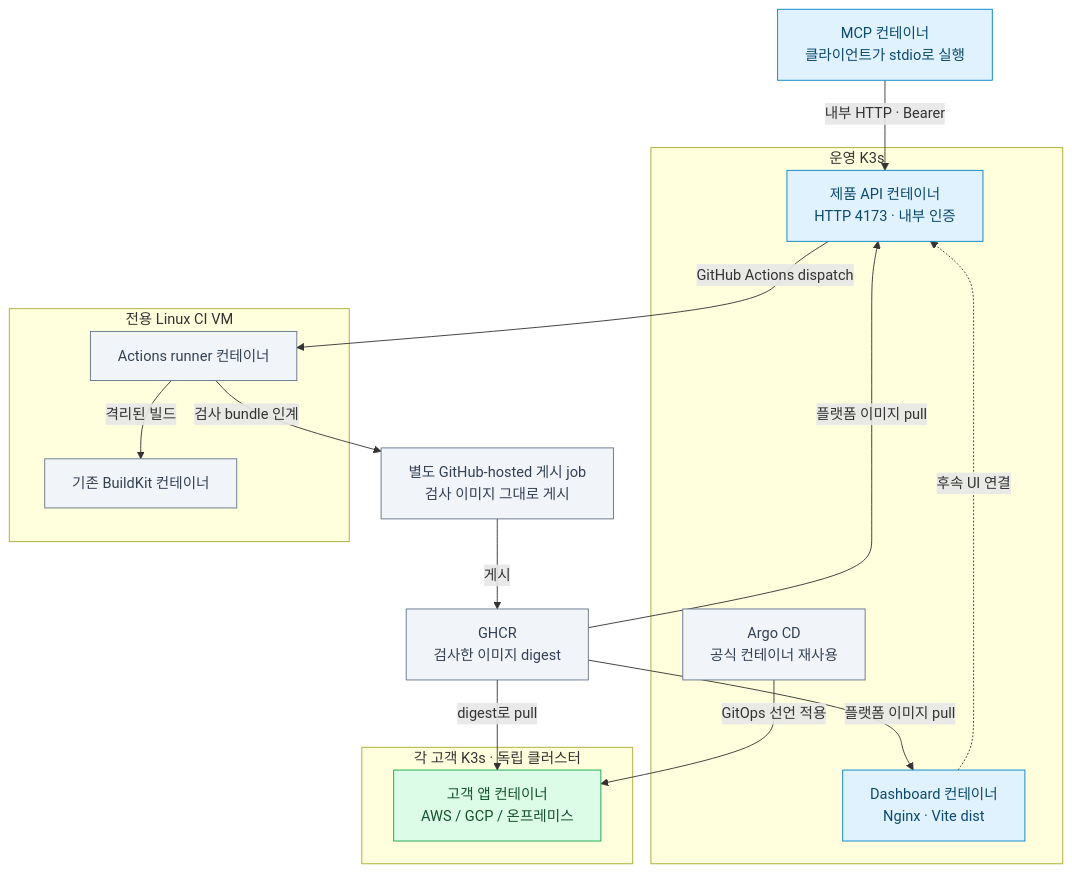
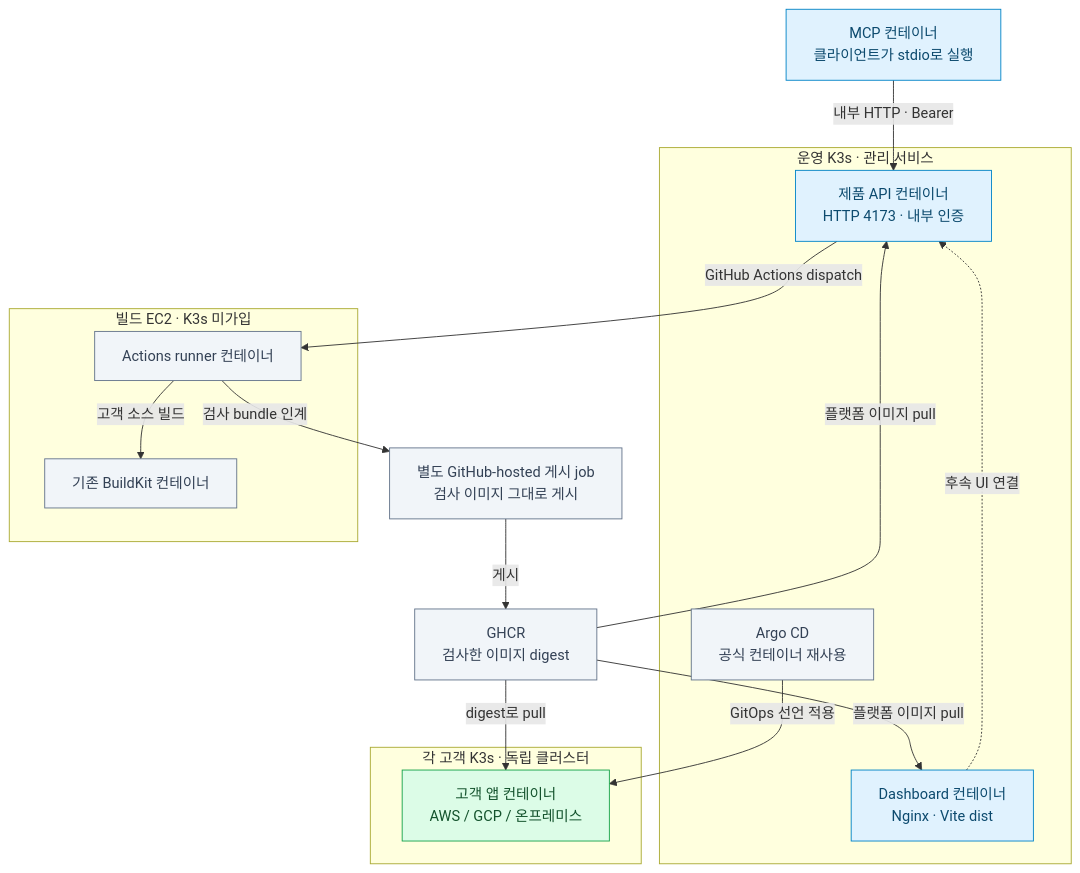
Before and after one commit to Jasmin-Softbank/Railshot: the diagram in docs/architecture/container-deployment.md, drawn with Mermaid. The commit also changed other lines of this file and 3 other files, not shown here.

````diff
--- a/docs/architecture/container-deployment.md
+++ b/docs/architecture/container-deployment.md
@@ -7,34 +9,34 @@
 ```mermaid
 flowchart TB
   M["MCP 컨테이너<br/>클라이언트가 stdio로 실행"]
-  subgraph OPS["운영 K3s"]
+  subgraph OPS["운영 K3s · 관리 서비스"]
     D["Dashboard 컨테이너<br/>Nginx · Vite dist"]
     A["제품 API 컨테이너<br/>HTTP 4173 · 내부 인증"]
     C["Argo CD<br/>공식 컨테이너 재사용"]
   end
-  subgraph CI["전용 Linux CI VM"]
+  subgraph CI["빌드 EC2 · K3s 미가입"]
     R["Actions runner 컨테이너"]
     K["기존 BuildKit 컨테이너"]
   end
   P["별도 GitHub-hosted 게시 job<br/>검사 이미지 그대로 게시"]
   G["GHCR<br/>검사한 이미지 digest"]
   subgraph TARGET["각 고객 K3s · 독립 클러스터"]
     U["고객 앱 컨테이너<br/>AWS / GCP / 온프레미스"]
   end
   D -. "후속 UI 연결" .-> A
   M -->|"내부 HTTP · Bearer"| A
   A -->|"GitHub Actions dispatch"| R
-  R -->|"격리된 빌드"| K
+  R -->|"고객 소스 빌드"| K
   R -->|"검사 bundle 인계"| P
   P -->|"게시"| G
   C -->|"GitOps 선언 적용"| U
   G -->|"digest로 pull"| U
   G -->|"플랫폼 이미지 pull"| D
   G -->|"플랫폼 이미지 pull"| A
   classDef app fill:#e0f2fe,stroke:#0284c7,color:#0c4a6e
   classDef control fill:#f1f5f9,stroke:#64748b,color:#334155
   classDef runtime fill:#dcfce7,stroke:#16a34a,color:#14532d
   class D,A,M app
   class C,R,K,P,G control
   class U runtime
 ```
````
